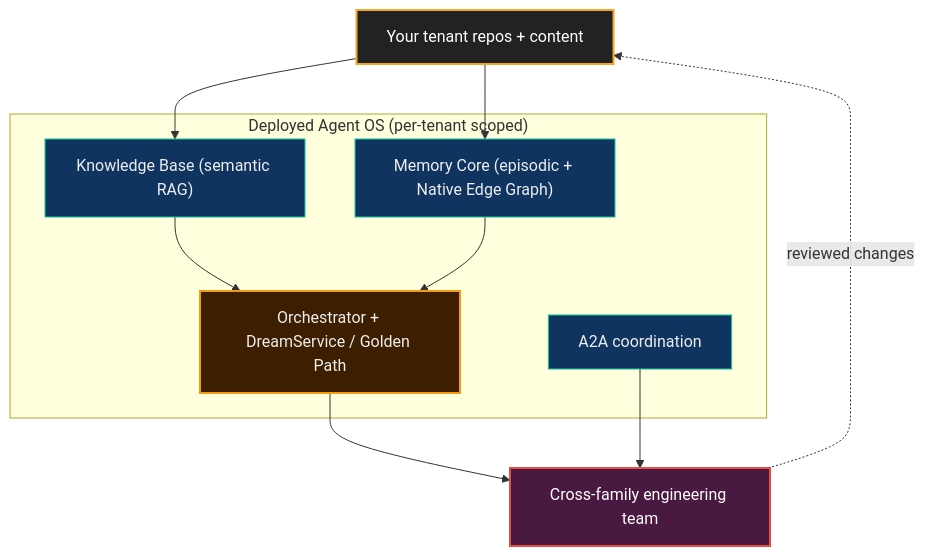
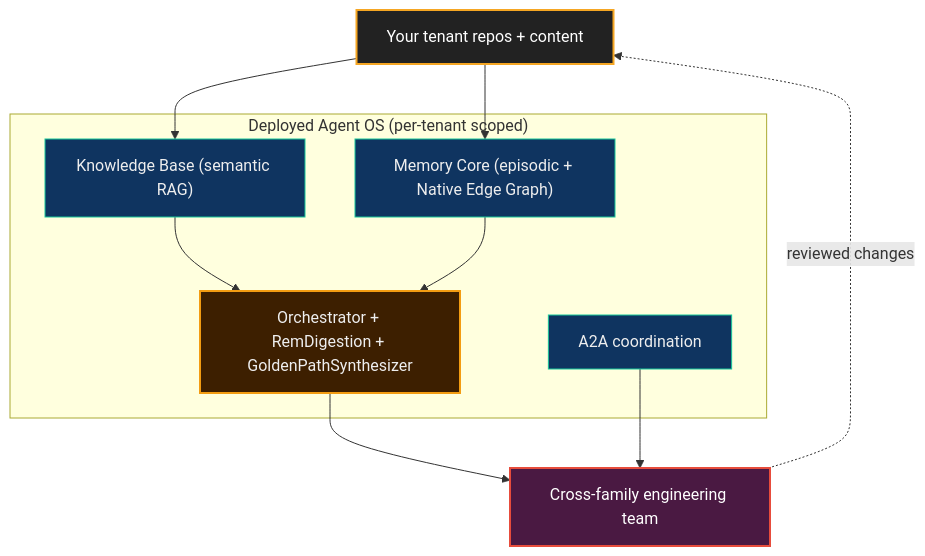
The diagram in learn/agentos/cloud-deployment/WhyDeploy.md (neomjs/neo-agent-brain), drawn with Mermaid before and after one commit. The commit also changed other lines of this file and 42 other files, not shown here.

Commit message:
feat(evolution): extract REM digestion (#215)

````diff
--- a/learn/agentos/cloud-deployment/WhyDeploy.md
+++ b/learn/agentos/cloud-deployment/WhyDeploy.md
@@ -19,26 +19,26 @@
 ```mermaid
 flowchart TD
     classDef src fill:#222,stroke:#f5a623,stroke-width:2px,color:#fff
     classDef svc fill:#0f3460,stroke:#16c79a,stroke-width:1px,color:#eee
     classDef brain fill:#3d1f00,stroke:#f39c12,stroke-width:2px,color:#eee
     classDef team fill:#4a1942,stroke:#e74c3c,stroke-width:2px,color:#fff
 
     Repos["Your tenant repos + content"]:::src
 
     subgraph AgentOS["Deployed Agent OS (per-tenant scoped)"]
         KB["Knowledge Base (semantic RAG)"]:::svc
         MC["Memory Core (episodic + Native Edge Graph)"]:::svc
-        Orch["Orchestrator + DreamService / Golden Path"]:::brain
+        Orch["Orchestrator + RemDigestion + GoldenPathSynthesizer"]:::brain
         A2A["A2A coordination"]:::svc
     end
 
     Team["Cross-family engineering team"]:::team
 
     Repos --> KB
     Repos --> MC
     KB --> Orch
     MC --> Orch
     Orch --> Team
     A2A --> Team
     Team -.->|"reviewed changes"| Repos
 ```
````
